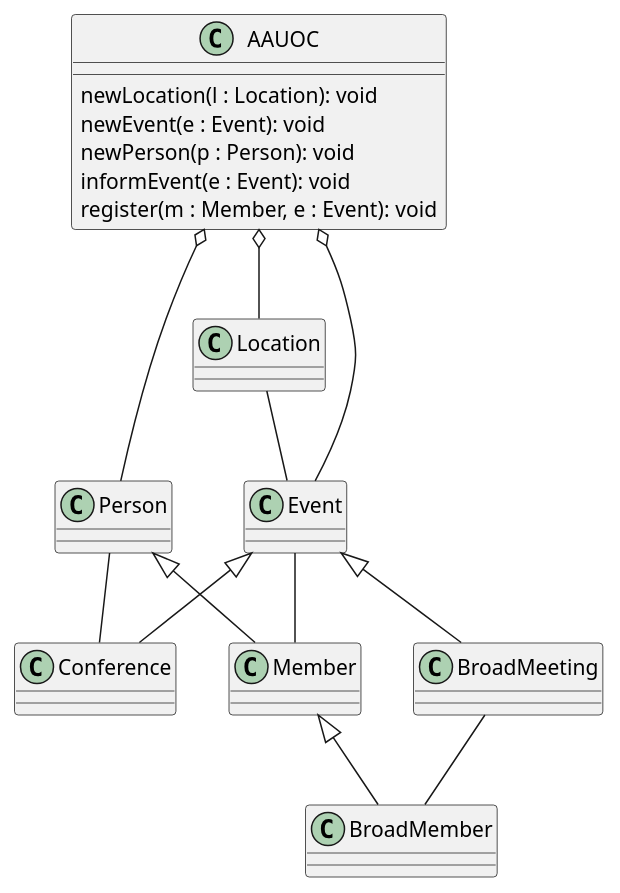
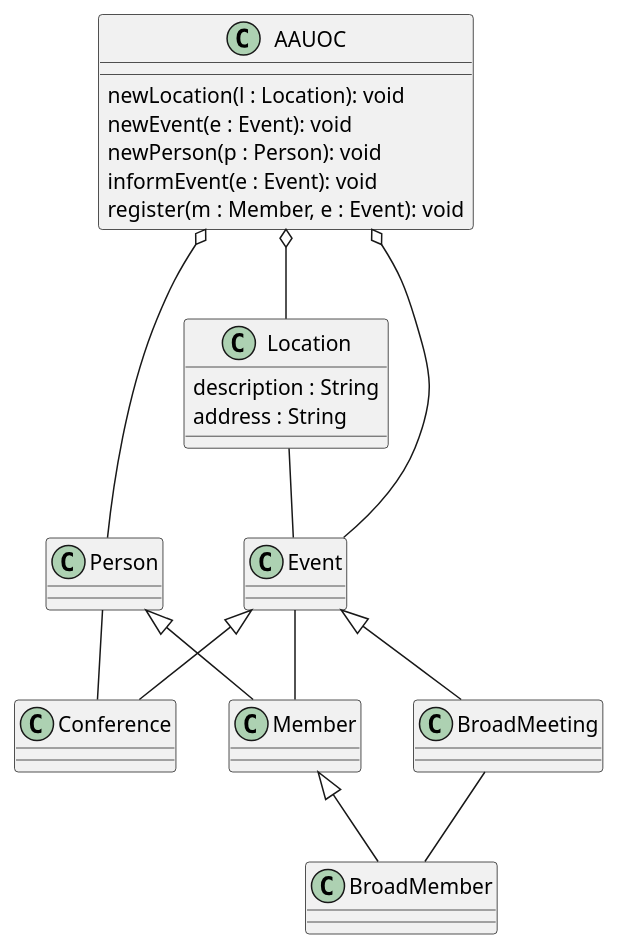
The diagram in Practica_Diagramas_UML.puml (CorazaNegra/UMLClasesFSP), drawn with PlantUML before and after one commit.

Commit message:
Añadiendo atributos a Location

```diff
--- a/Practica_Diagramas_UML.puml
+++ b/Practica_Diagramas_UML.puml
@@ -1,51 +1,52 @@
 @startuml
 
 class AAUOC{
     newLocation(l : Location): void
     newEvent(e : Event): void
     newPerson(p : Person): void
     informEvent(e : Event): void
     register(m : Member, e : Event): void
 }
 
 class Location{
-
+    description : String
+    address : String
 }
 
 class Event{
 
 }
 
 class Conference{
 
 }
 
 class BroadMeeting{
 
 }
 
 class Person{
 
 }
 
 class Member{
 
 }
 
 class BroadMember{
 
 }
 
 AAUOC o-- Event
 AAUOC o-- Location
 AAUOC o-- Person
 Location -- Event
 Event -- Member
 Person -- Conference
 BroadMeeting -- BroadMember
 Event <|-- Conference
 Event <|-- BroadMeeting
 Person <|-- Member
 Member <|-- BroadMember
 
 @enduml
```
